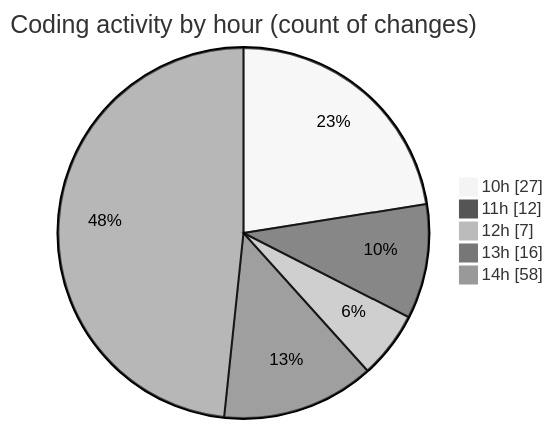
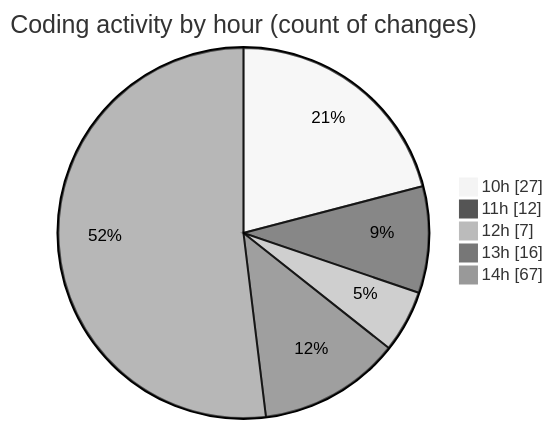
Before and after one commit to MatusMokan/code-tracking: the second of 2 diagrams in 2025-03-01/myws__workspace_/README.md, drawn with Mermaid (neutral theme). The commit also changed other lines of this file and 1 other file, not shown here.

````diff
--- a/2025-03-01/myws__workspace_/README.md
+++ b/2025-03-01/myws__workspace_/README.md
@@ -40,9 +40,9 @@
 ```mermaid
 pie showData
 title Coding activity by hour (count of changes)
 "10h" : 27
 "11h" : 12
 "12h" : 7
 "13h" : 16
-"14h" : 58
+"14h" : 67
 ```
````
